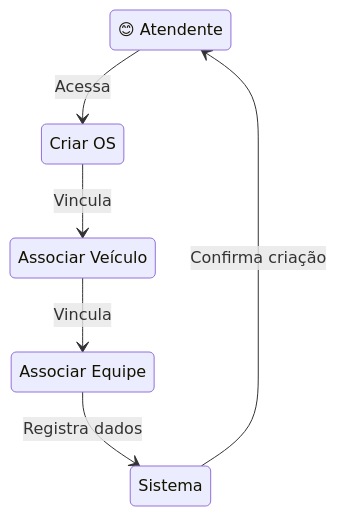
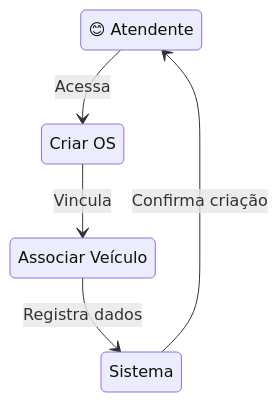
Before and after one commit to marcus2703/sistema-ordem-servico-oficina: the fifth of 11 diagrams in casos_uso.md, drawn with Mermaid. The commit also changed other lines of this file, not shown here.

````diff
--- a/casos_uso.md
+++ b/casos_uso.md
@@ -125,14 +152,12 @@
 ```mermaid
 stateDiagram-v2
     Atendente: 😊 Atendente
     Sistema: Sistema
     CriarOS: Criar OS
     AssociarVeiculo: Associar Veículo
-    AssociarEquipe: Associar Equipe
     
     Atendente --> CriarOS: Acessa
     CriarOS --> AssociarVeiculo: Vincula
-    AssociarVeiculo --> AssociarEquipe: Vincula
-    AssociarEquipe --> Sistema: Registra dados
+    AssociarVeiculo --> Sistema: Registra dados
     Sistema --> Atendente: Confirma criação
 ```
````
